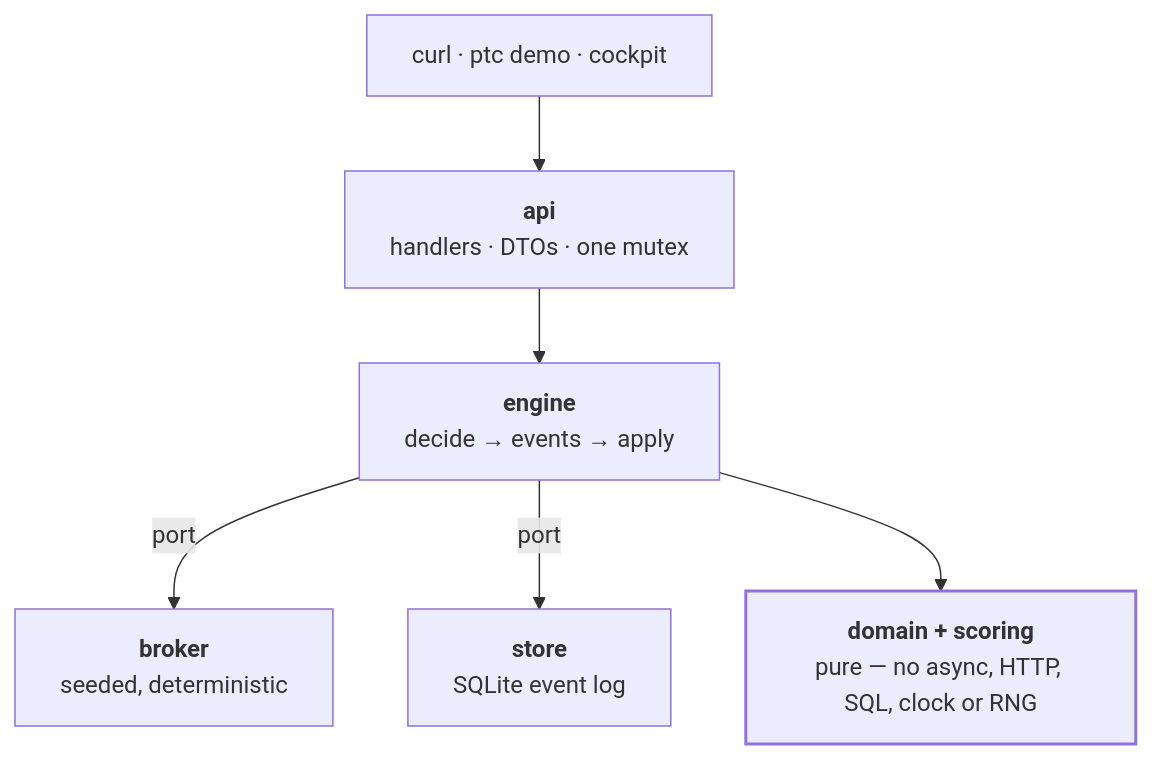
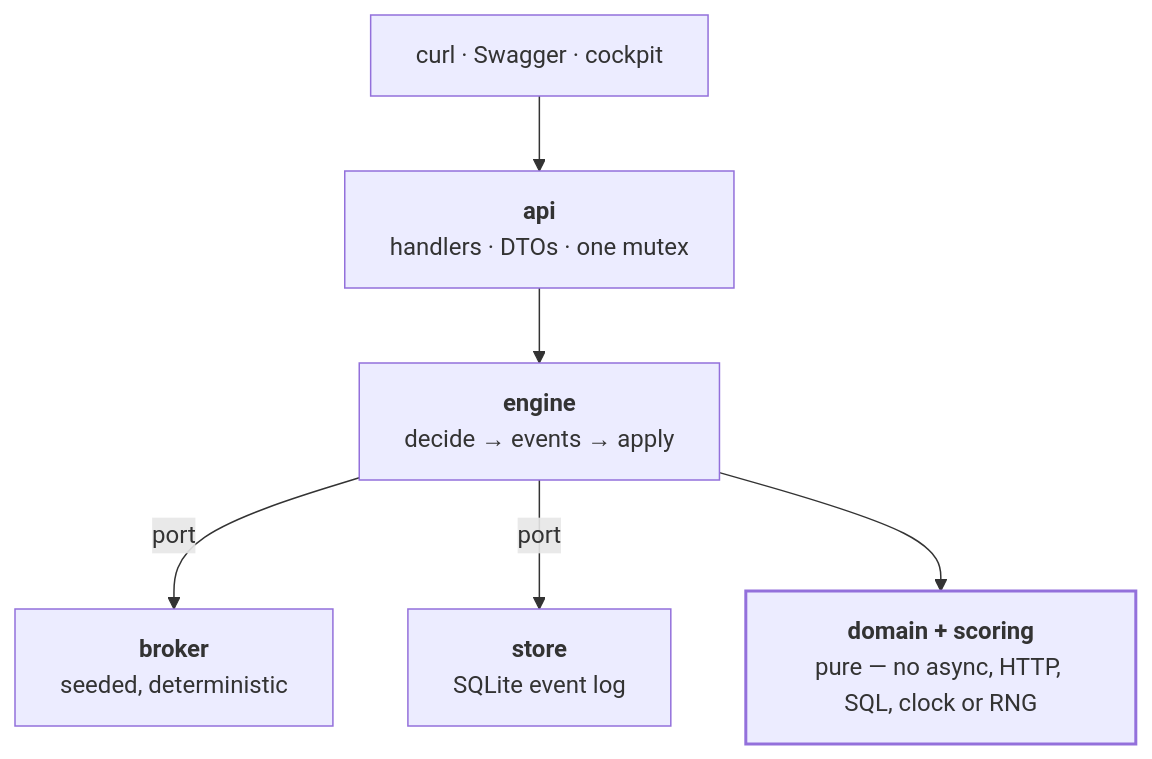
The third of 3 diagrams in docs/design.md (kashing555/unlok-paper-trading-challenge), drawn with Mermaid before and after one commit. The commit also changed other lines of this file and 11 other files, not shown here.

First line of the commit message:
remove the demo: one interface, the API

````diff
--- a/docs/design.md
+++ b/docs/design.md
@@ -312,10 +312,10 @@
 ```mermaid
 flowchart TD
-    CL["curl · ptc demo · cockpit"] --> API["<b>api</b><br/>handlers · DTOs · one mutex"]
+    CL["curl · Swagger · cockpit"] --> API["<b>api</b><br/>handlers · DTOs · one mutex"]
     API --> ENG["<b>engine</b><br/>decide → events → apply"]
     ENG -->|port| BRK["<b>broker</b><br/>seeded, deterministic"]
     ENG -->|port| ST["<b>store</b><br/>SQLite event log"]
     ENG --> CORE["<b>domain + scoring</b><br/>pure — no async, HTTP, SQL, clock or RNG"]
 
     style CORE stroke-width:2px
 ```
````
